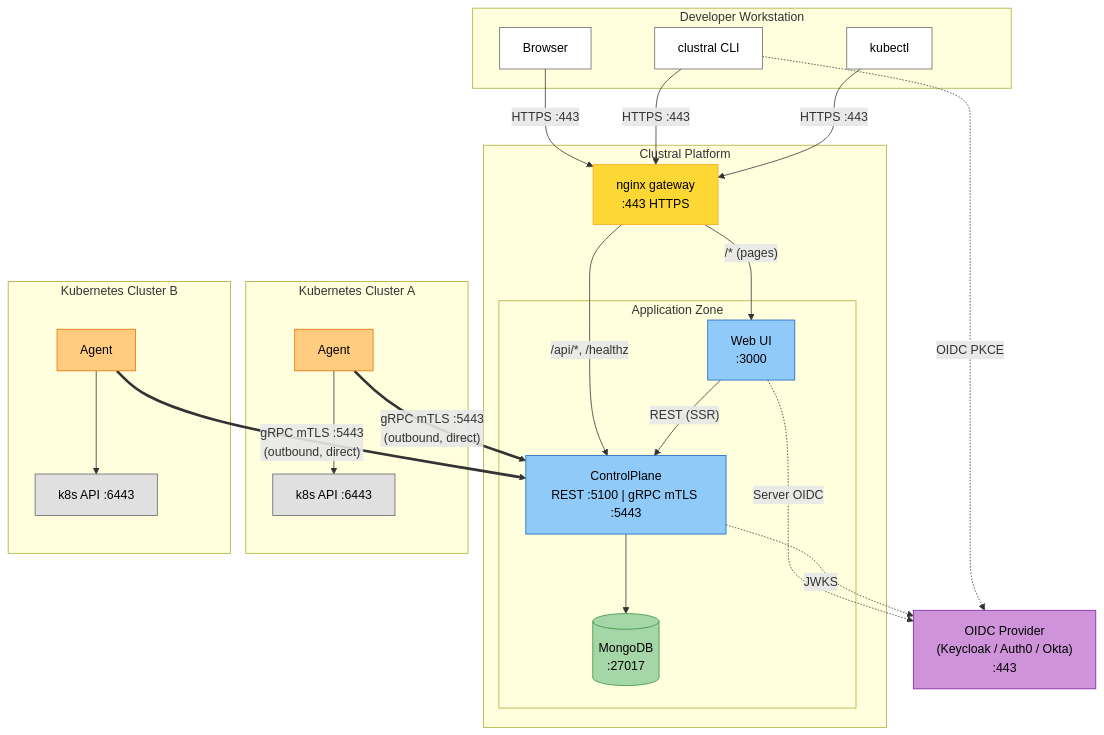
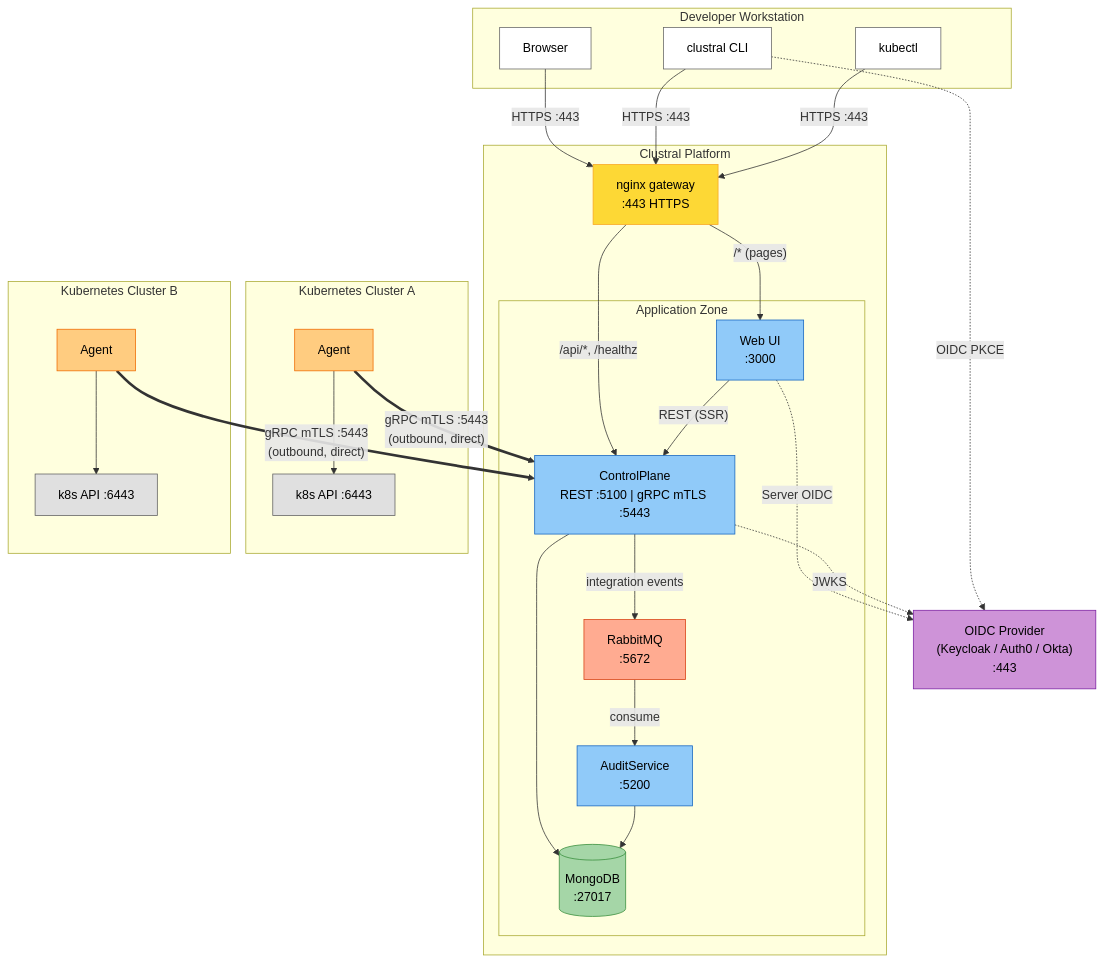
The seventh of 18 diagrams in README.md (Clustral/clustral), drawn with Mermaid before and after one commit. The commit also changed other lines of this file, not shown here.

First line of the commit message:
docs: add audit logging section + update diagrams with event codes

````diff
--- a/README.md
+++ b/README.md
@@ -239,60 +252,67 @@
 ```mermaid
 flowchart TB
     subgraph clients ["Developer Workstation"]
         BROWSER["Browser"]
         CLI["clustral CLI"]
         KUBECTL["kubectl"]
     end
 
     OIDC["OIDC Provider\n(Keycloak / Auth0 / Okta)\n:443"]
 
     subgraph platform ["Clustral Platform"]
         NGX["nginx gateway\n:443 HTTPS"]
 
         subgraph app ["Application Zone"]
             WEB["Web UI\n:3000"]
             CP["ControlPlane\nREST :5100 | gRPC mTLS :5443"]
+            RMQ["RabbitMQ\n:5672"]
+            AUDIT["AuditService\n:5200"]
             DB[("MongoDB\n:27017")]
         end
     end
 
     subgraph cluster_a ["Kubernetes Cluster A"]
         AGENT_A["Agent"]
         K8S_A["k8s API :6443"]
     end
 
     subgraph cluster_b ["Kubernetes Cluster B"]
         AGENT_B["Agent"]
         K8S_B["k8s API :6443"]
     end
 
     BROWSER -- "HTTPS :443" --> NGX
     CLI -- "HTTPS :443" --> NGX
     KUBECTL -- "HTTPS :443" --> NGX
     NGX -- "/api/*, /healthz" --> CP
     NGX -- "/* (pages)" --> WEB
     WEB -- "REST (SSR)" --> CP
     CP --> DB
+    CP -- "integration events" --> RMQ
+    RMQ -- "consume" --> AUDIT
+    AUDIT --> DB
 
     CLI -. "OIDC PKCE" .-> OIDC
     WEB -. "Server OIDC" .-> OIDC
     CP -. "JWKS" .-> OIDC
 
     AGENT_A == "gRPC mTLS :5443\n(outbound, direct)" ==> CP
     AGENT_B == "gRPC mTLS :5443\n(outbound, direct)" ==> CP
     AGENT_A --> K8S_A
     AGENT_B --> K8S_B
 
     style NGX fill:#fdd835,stroke:#f9a825,color:#000
     style OIDC fill:#ce93d8,stroke:#7b1fa2,color:#000
     style DB fill:#a5d6a7,stroke:#388e3c,color:#000
     style CP fill:#90caf9,stroke:#1565c0,color:#000
     style WEB fill:#90caf9,stroke:#1565c0,color:#000
     style AGENT_A fill:#ffcc80,stroke:#ef6c00,color:#000
     style AGENT_B fill:#ffcc80,stroke:#ef6c00,color:#000
     style K8S_A fill:#e0e0e0,stroke:#616161,color:#000
     style K8S_B fill:#e0e0e0,stroke:#616161,color:#000
     style BROWSER fill:#fff,stroke:#666,color:#000
     style CLI fill:#fff,stroke:#666,color:#000
     style KUBECTL fill:#fff,stroke:#666,color:#000
+    style RMQ fill:#ffab91,stroke:#d84315,color:#000
+    style AUDIT fill:#90caf9,stroke:#1565c0,color:#000
 ```
````
